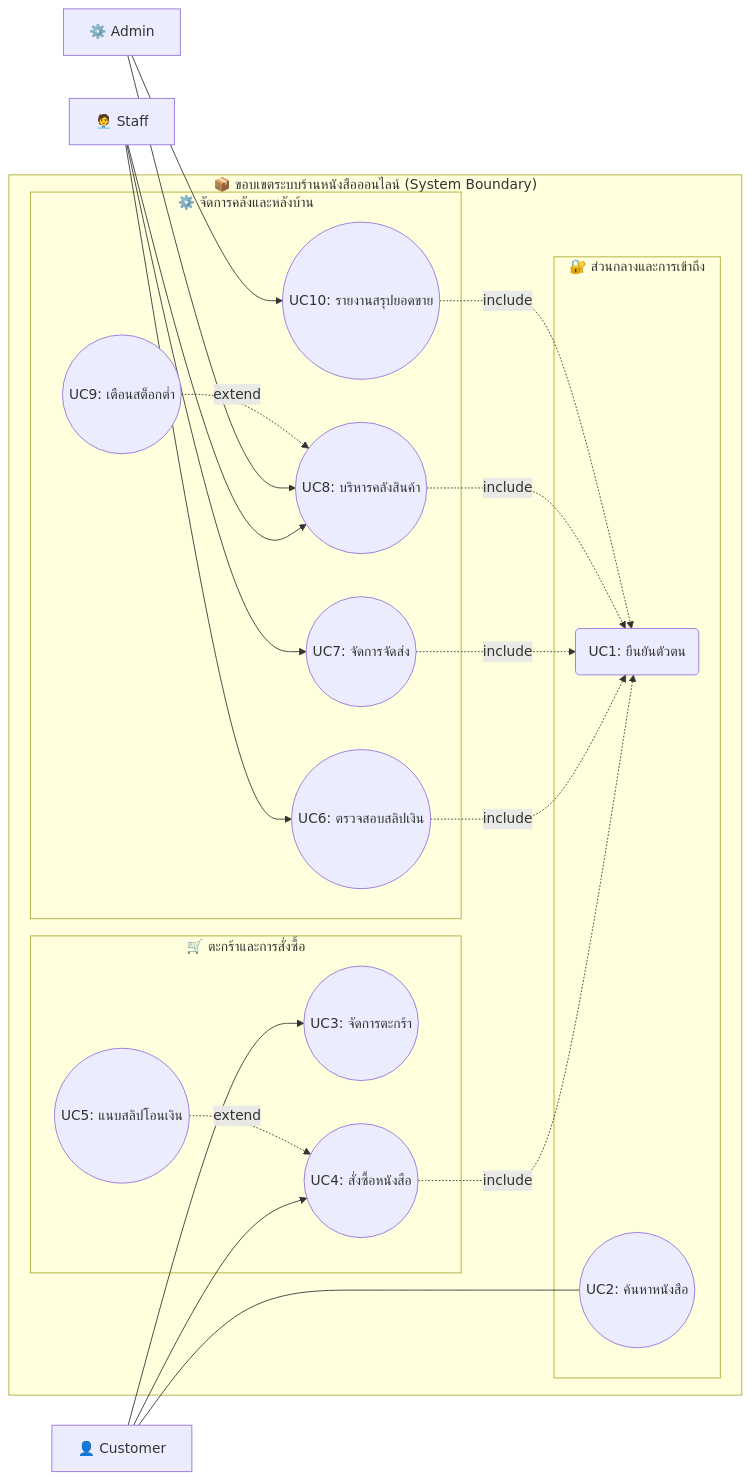
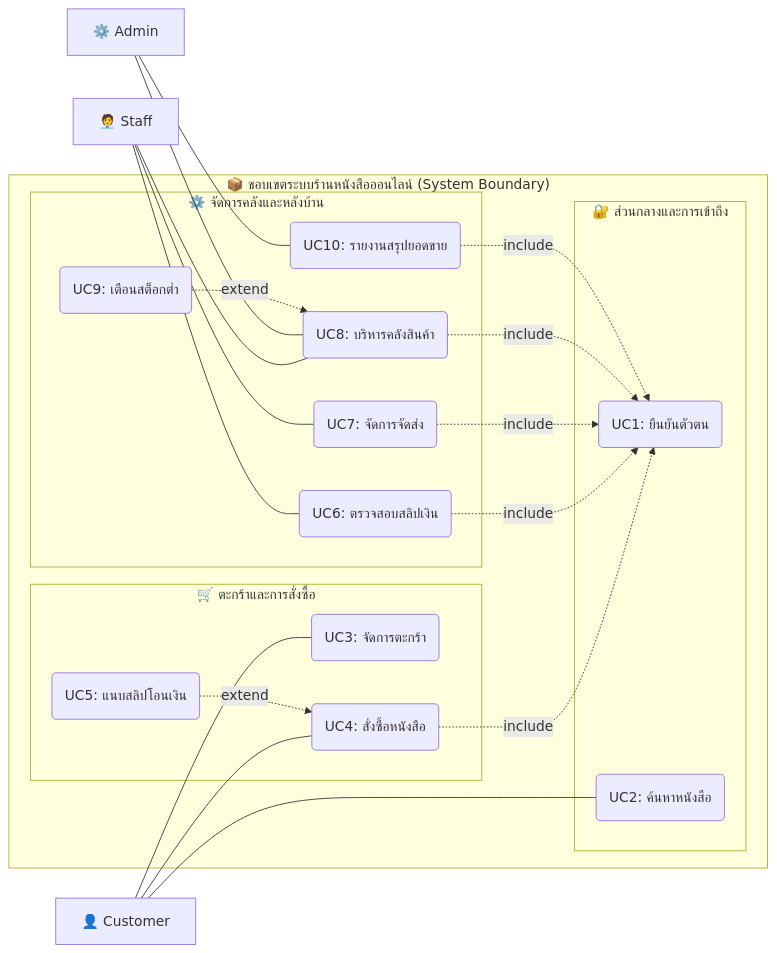
Before and after one commit to SupvichSpuGM/online-bookstore: the first of 3 diagrams in workshop4.md, drawn with Mermaid.

````diff
--- a/workshop4.md
+++ b/workshop4.md
@@ -45,42 +45,42 @@
 ```mermaid
 graph LR
     Customer["👤 Customer"]
     Staff["🧑‍💼 Staff"]
     Admin["⚙️ Admin"]
 
     subgraph System ["📦 ขอบเขตระบบร้านหนังสือออนไลน์ (System Boundary)"]
         subgraph G1 ["🔐 ส่วนกลางและการเข้าถึง"]
             UC_Auth(UC1: ยืนยันตัวตน)
-            UC_Search((UC2: ค้นหาหนังสือ))
+            UC_Search(UC2: ค้นหาหนังสือ)
         end
         subgraph G2 ["🛒 ตะกร้าและการสั่งซื้อ"]
-            UC_Cart((UC3: จัดการตะกร้า))
-            UC_Checkout((UC4: สั่งซื้อหนังสือ))
-            UC_UploadSlip((UC5: แนบสลิปโอนเงิน))
+            UC_Cart(UC3: จัดการตะกร้า)
+            UC_Checkout(UC4: สั่งซื้อหนังสือ)
+            UC_UploadSlip(UC5: แนบสลิปโอนเงิน)
         end
         subgraph G3 ["⚙️ จัดการคลังและหลังบ้าน"]
-            UC_VerifySlip((UC6: ตรวจสอบสลิปเงิน))
-            UC_ShipOrder((UC7: จัดการจัดส่ง))
-            UC_ManageCatalog((UC8: บริหารคลังสินค้า))
-            UC_StockAlert((UC9: เตือนสต็อกต่ำ))
-            UC_Dashboard((UC10: รายงานสรุปยอดขาย))
+            UC_VerifySlip(UC6: ตรวจสอบสลิปเงิน)
+            UC_ShipOrder(UC7: จัดการจัดส่ง)
+            UC_ManageCatalog(UC8: บริหารคลังสินค้า)
+            UC_StockAlert(UC9: เตือนสต็อกต่ำ)
+            UC_Dashboard(UC10: รายงานสรุปยอดขาย)
         end
     end
 
     Customer --- UC_Search
-    Customer --> UC_Cart
-    Customer --> UC_Checkout
-    Staff --> UC_VerifySlip
-    Staff --> UC_ShipOrder
-    Staff --> UC_ManageCatalog
-    Admin --> UC_ManageCatalog
-    Admin --> UC_Dashboard
+    Customer --- UC_Cart
+    Customer --- UC_Checkout
+    Staff --- UC_VerifySlip
+    Staff --- UC_ShipOrder
+    Staff --- UC_ManageCatalog
+    Admin --- UC_ManageCatalog
+    Admin --- UC_Dashboard
 
     UC_Checkout -.->|include| UC_Auth
     UC_VerifySlip -.->|include| UC_Auth
     UC_ShipOrder -.->|include| UC_Auth
     UC_ManageCatalog -.->|include| UC_Auth
     UC_Dashboard -.->|include| UC_Auth
     UC_UploadSlip -.->|extend| UC_Checkout
     UC_StockAlert -.->|extend| UC_ManageCatalog
 ```
````
